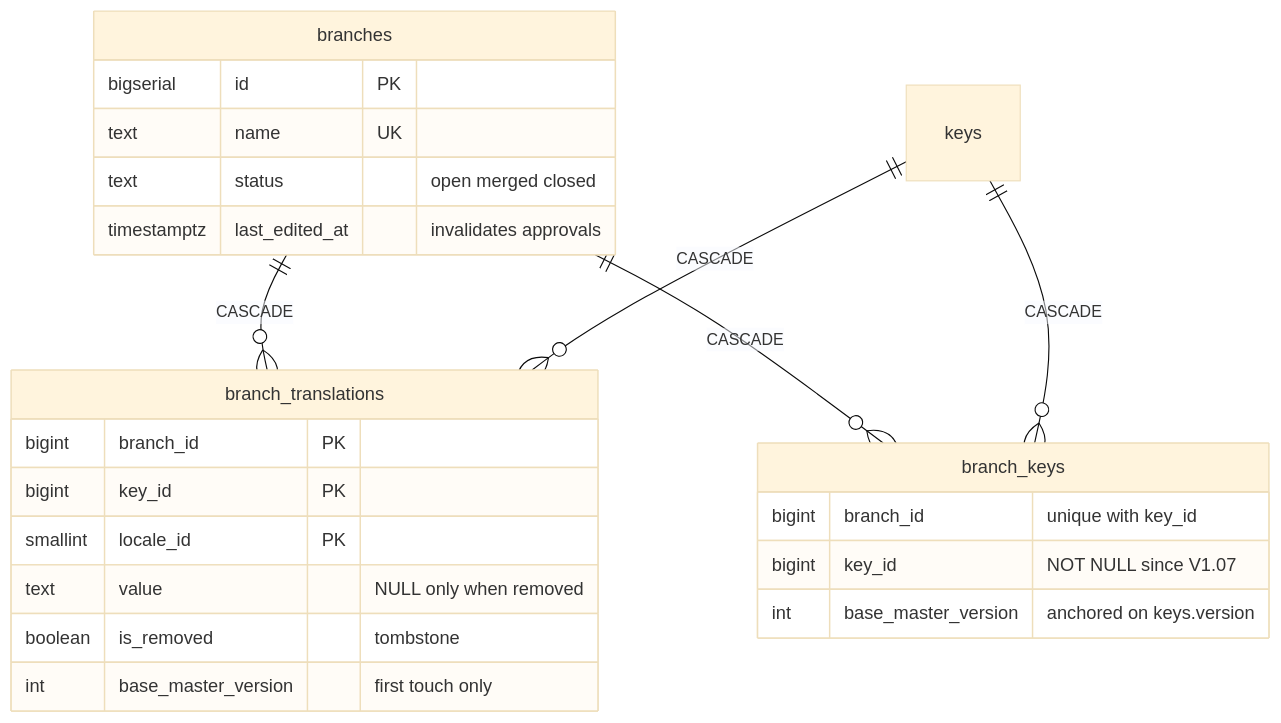
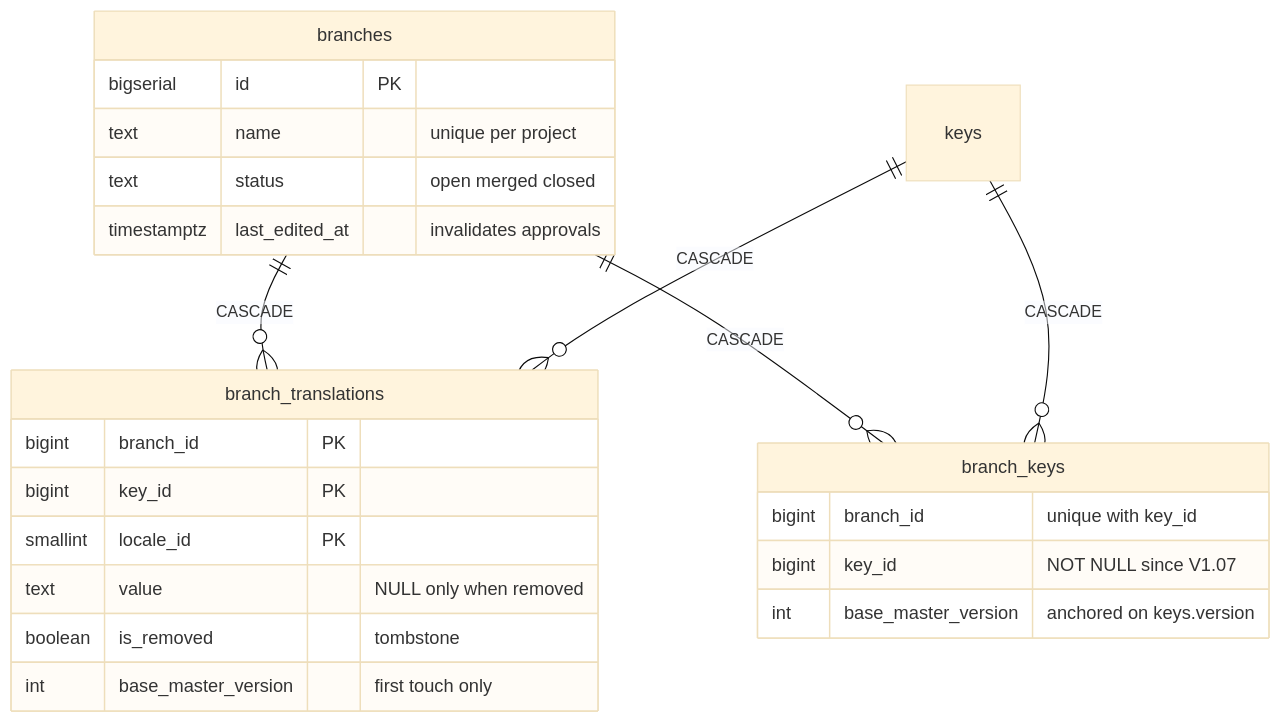
One commit to ashik-saini/u-l10n changed the third of 7 diagrams in docs/DATA_MODEL.md. Above: the diagram before and after it, drawn with Mermaid (base theme). The commit also changed other lines of this file and 16 other files, not shown here.

First line of the commit message:
feat(locales): manage locales per project at runtime

````diff
--- a/docs/DATA_MODEL.md
+++ b/docs/DATA_MODEL.md
@@ -46,27 +80,27 @@
 ```mermaid
 erDiagram
     branches ||--o{ branch_translations : "CASCADE"
     branches ||--o{ branch_keys : "CASCADE"
     keys ||--o{ branch_translations : "CASCADE"
     keys ||--o{ branch_keys : "CASCADE"
 
     branches {
         bigserial id PK
-        text name UK
+        text name "unique per project"
         text status "open merged closed"
         timestamptz last_edited_at "invalidates approvals"
     }
     branch_translations {
         bigint branch_id PK
         bigint key_id PK
         smallint locale_id PK
         text value "NULL only when removed"
         boolean is_removed "tombstone"
         int base_master_version "first touch only"
     }
     branch_keys {
         bigint branch_id "unique with key_id"
         bigint key_id "NOT NULL since V1.07"
         int base_master_version "anchored on keys.version"
     }
 ```
````
